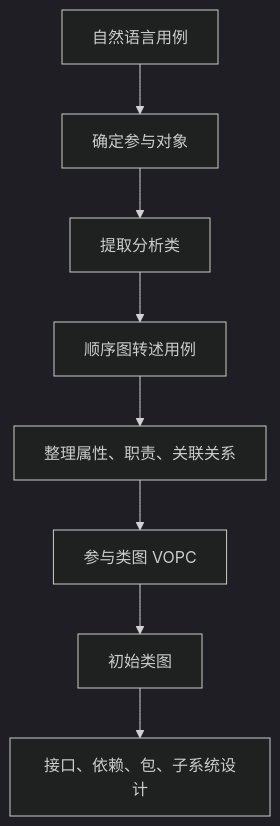
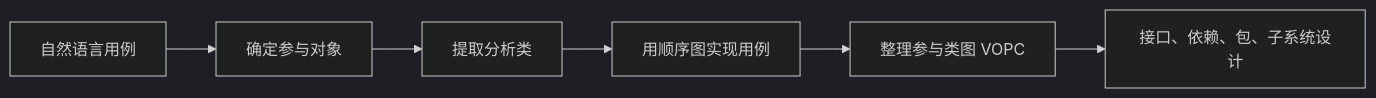
The first of 13 diagrams in src/content/blog/Software-Construction/Chap03.md (crashingby/homepage), drawn with Mermaid (dark theme) before and after one commit. The commit also changed other lines of this file and 6 other files, not shown here.

````diff
--- a/src/content/blog/Software-Construction/Chap03.md
+++ b/src/content/blog/Software-Construction/Chap03.md
@@ -33,10 +14,8 @@
 ```mermaid
-flowchart TD
-  A["自然语言用例"] --> B["确定参与对象"]
-  B --> C["提取分析类"]
-  C --> D["顺序图转述用例"]
-  D --> E["整理属性、职责、关联关系"]
-  E --> F["参与类图 VOPC"]
-  F --> G["初始类图"]
-  G --> H["接口、依赖、包、子系统设计"]
+flowchart LR
+  UseCase["自然语言用例"] --> Objects["确定参与对象"]
+  Objects --> Classes["提取分析类"]
+  Classes --> Sequence["用顺序图实现用例"]
+  Sequence --> VOPC["整理参与类图 VOPC"]
+  VOPC --> Design["接口、依赖、包、子系统设计"]
 ```
````
